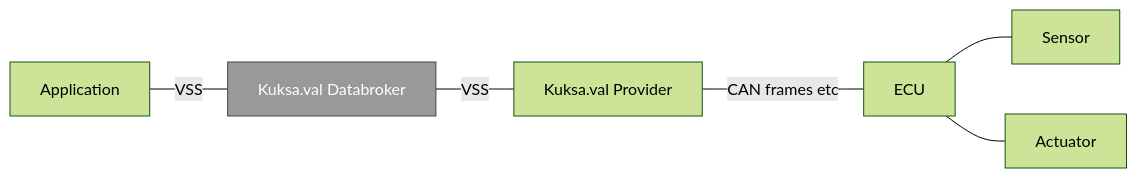
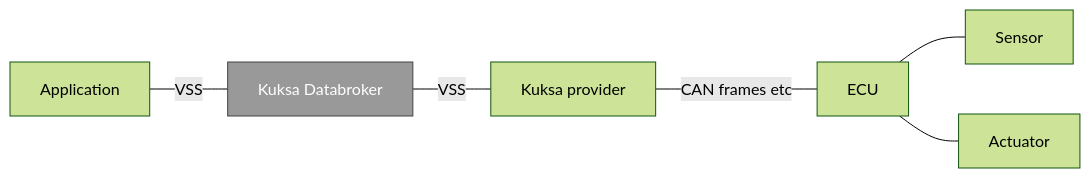
Before and after one commit to eclipse-kuksa/kuksa-databroker: the diagram in README.md, drawn with Mermaid (forest theme). The commit also changed other lines of this file and 11 other files, not shown here.

````diff
--- a/README.md
+++ b/README.md
@@ -66,9 +66,9 @@
 ```mermaid
 flowchart LR
     A[Application] --VSS--- DB
-    DB[Kuksa.val Databroker] --VSS--- P
-    P[Kuksa.val Provider] --CAN frames etc---E
+    DB[Kuksa Databroker] --VSS--- P
+    P[Kuksa provider] --CAN frames etc---E
     E[ECU] --- Sensor
     E --- Actuator
     style DB fill:#999999,stroke:#444444,color:#ffffff
 ```
````
